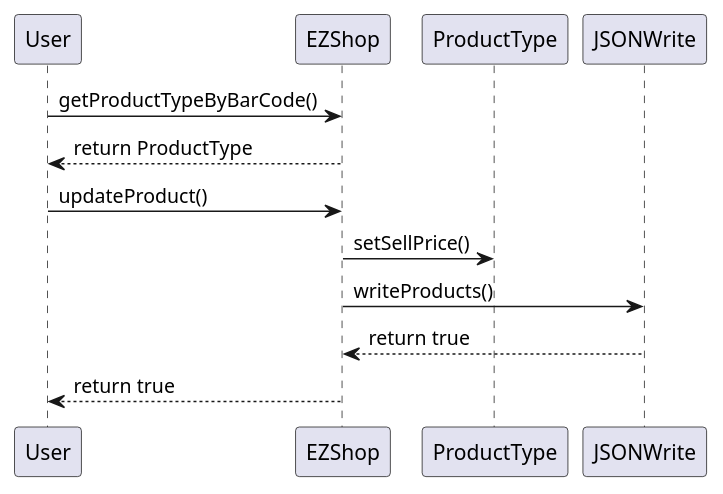
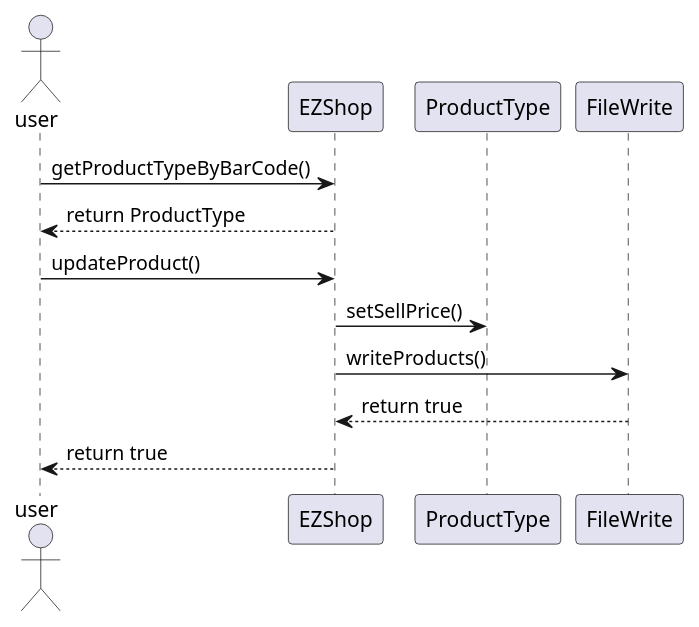
Before and after one commit to giuseppesalvi/ezshop: the fifth of 28 diagrams in Deliverables/DesignDocument.md, drawn with PlantUML. The commit also changed other lines of this file, not shown here.

Commit message:
Update DesignDocument.md: sequence diagram, class diagram, package diagram

````diff
--- a/Deliverables/DesignDocument.md
+++ b/Deliverables/DesignDocument.md
@@ -310,15 +315,15 @@
 ```plantuml
 @startuml
-participant User
+actor user
 participant EZShop
 participant ProductType
-participant JSONWrite
-User -> EZShop : getProductTypeByBarCode()
-User <-- EZShop : return ProductType
-User -> EZShop : updateProduct()
+participant FileWrite
+user -> EZShop : getProductTypeByBarCode()
+user <-- EZShop : return ProductType
+user -> EZShop : updateProduct()
 EZShop -> ProductType : setSellPrice()
-EZShop -> JSONWrite : writeProducts()
-EZShop <-- JSONWrite : return true
-User <-- EZShop : return true
+EZShop -> FileWrite : writeProducts()
+EZShop <-- FileWrite : return true
+user <-- EZShop : return true
 @enduml
 ```
````
